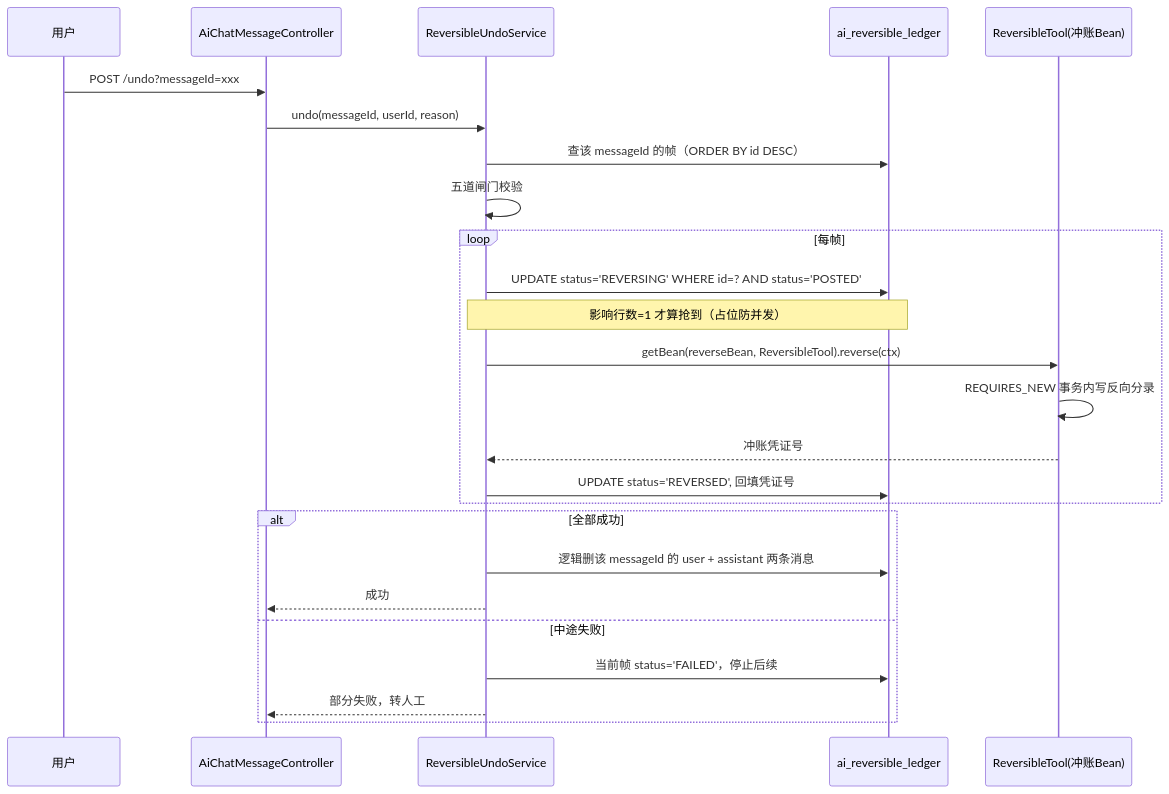
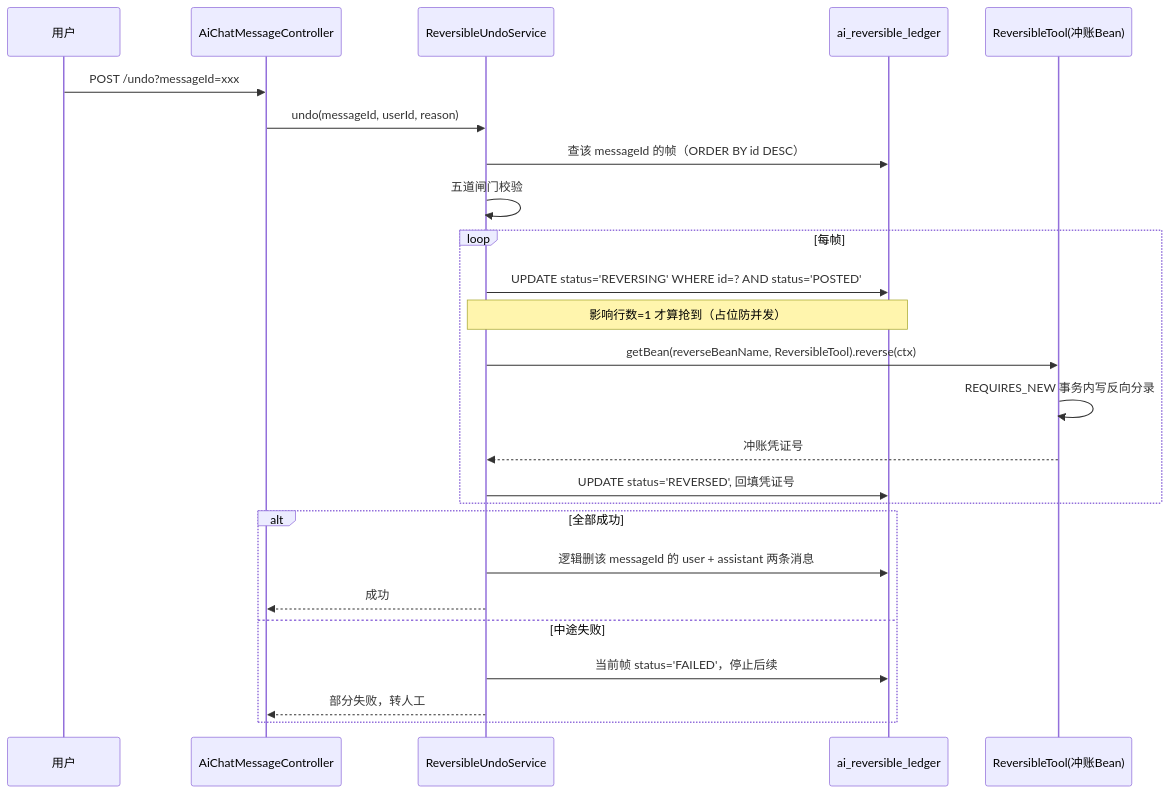
Before and after one commit to yunhengmu/gongxie_erp: the second of 2 diagrams in CODE-WIKI/15-可撤回Agent操作实施方案.md, drawn with Mermaid. The commit also changed other lines of this file and 18 other files, not shown here.

````diff
--- a/CODE-WIKI/15-可撤回Agent操作实施方案.md
+++ b/CODE-WIKI/15-可撤回Agent操作实施方案.md
@@ -429,28 +432,28 @@
 ```mermaid
 sequenceDiagram
     participant U as 用户
     participant C as AiChatMessageController
     participant S as ReversibleUndoService
     participant DB as ai_reversible_ledger
     participant R as ReversibleTool(冲账Bean)
 
     U->>C: POST /undo?messageId=xxx
     C->>S: undo(messageId, userId, reason)
     S->>DB: 查该 messageId 的帧（ORDER BY id DESC）
     S->>S: 五道闸门校验
     loop 每帧
         S->>DB: UPDATE status='REVERSING' WHERE id=? AND status='POSTED'
         Note over S,DB: 影响行数=1 才算抢到（占位防并发）
-        S->>R: getBean(reverseBean, ReversibleTool).reverse(ctx)
+        S->>R: getBean(reverseBeanName, ReversibleTool).reverse(ctx)
         R->>R: REQUIRES_NEW 事务内写反向分录
         R-->>S: 冲账凭证号
         S->>DB: UPDATE status='REVERSED', 回填凭证号
     end
     alt 全部成功
         S->>DB: 逻辑删该 messageId 的 user + assistant 两条消息
         S-->>C: 成功
     else 中途失败
         S->>DB: 当前帧 status='FAILED'，停止后续
         S-->>C: 部分失败，转人工
     end
 ```
````
